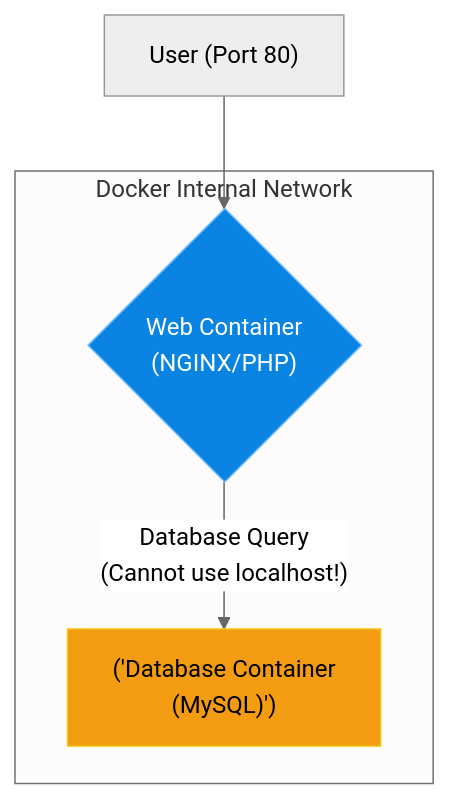
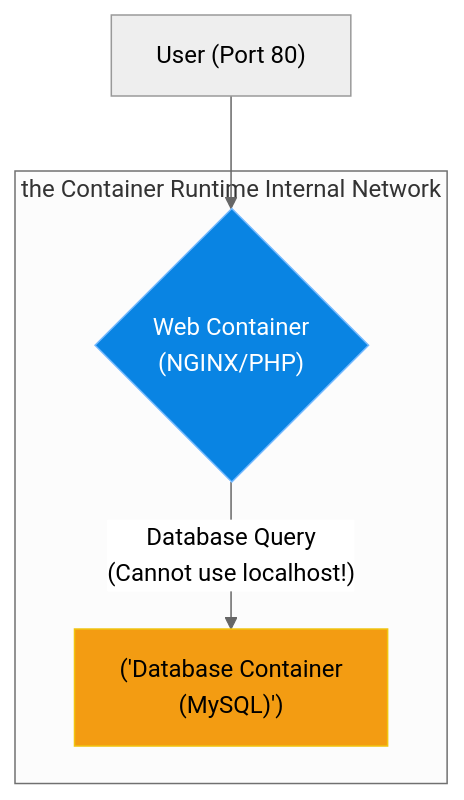
One commit to laxya911/linux-support-engineer-master-handbook changed the diagram in volumes/volume-03-enterprise-linux-services/chapters/V3-C23-docker-compose.md. Above: the diagram before and after it, drawn with Mermaid (neutral theme). The commit also changed other lines of this file and 24 other files, not shown here.

````diff
--- a/volumes/volume-03-enterprise-linux-services/chapters/V3-C23-docker-compose.md
+++ b/volumes/volume-03-enterprise-linux-services/chapters/V3-C23-docker-compose.md
@@ -42,11 +41,11 @@
 ```mermaid
 flowchart TD
     A["User (Port 80)"] --> B{"Web Container \n (NGINX/PHP)"}
     
-    subgraph Docker Internal Network
+    subgraph the Container Runtime Internal Network
         B -->|"Database Query \n (Cannot use localhost!)"| C["('Database Container \n (MySQL)')"]
     end
     
     style B fill:#0984e3,stroke:#74b9ff,color:#fff
     style C fill:#f39c12,stroke:#f1c40f,color:#000
 ```
````
